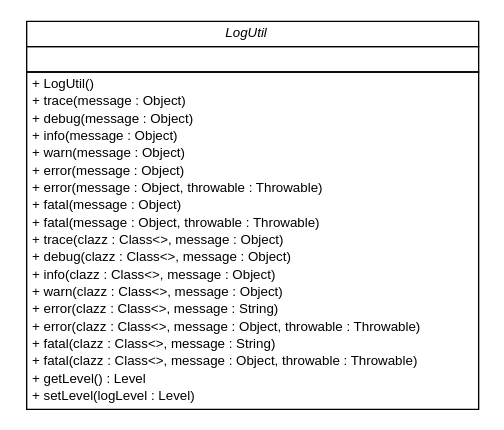
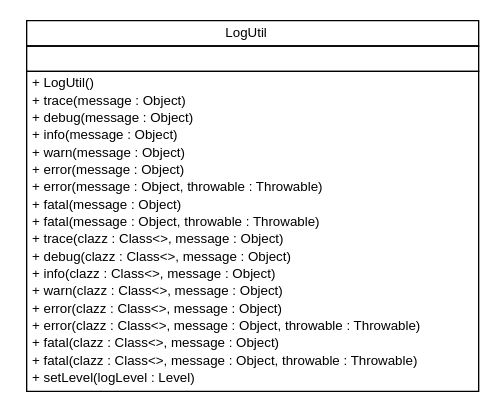
The diagram in apidocs/com/xley/lfosc/util/com.xley.lfosc.util.dot (pcross616/lf-osc-proxy), drawn with Graphviz before and after one commit. The commit also changed 400 other files, not shown here.

```diff
--- a/apidocs/com/xley/lfosc/util/com.xley.lfosc.util.dot
+++ b/apidocs/com/xley/lfosc/util/com.xley.lfosc.util.dot
@@ -1,42 +1,41 @@
 #!/usr/local/bin/dot
 #
 # Class diagram 
 # Generated by UMLGraph version R5_6 (http://www.umlgraph.org/)
 #
 
 digraph G {
 	edge [fontname="Helvetica",fontsize=10,labelfontname="Helvetica",labelfontsize=10];
 	node [fontname="Helvetica",fontsize=10,shape=plaintext];
 	nodesep=0.25;
 	ranksep=0.5;
 	// com.xley.lfosc.util.LogUtil
-	c0 [label=<<table title="com.xley.lfosc.util.LogUtil" border="0" cellborder="1" cellspacing="0" cellpadding="2" port="p" href="./LogUtil.html">
+	c20 [label=<<table title="com.xley.lfosc.util.LogUtil" border="0" cellborder="1" cellspacing="0" cellpadding="2" port="p" href="./LogUtil.html">
 		<tr><td><table border="0" cellspacing="0" cellpadding="1">
-<tr><td align="center" balign="center"><font face="Helvetica-Oblique"> LogUtil </font></td></tr>
+<tr><td align="center" balign="center"> LogUtil </td></tr>
 		</table></td></tr>
 		<tr><td><table border="0" cellspacing="0" cellpadding="1">
 <tr><td align="left" balign="left">  </td></tr>
 		</table></td></tr>
 		<tr><td><table border="0" cellspacing="0" cellpadding="1">
 <tr><td align="left" balign="left"> + LogUtil() </td></tr>
 <tr><td align="left" balign="left"> + trace(message : Object) </td></tr>
 <tr><td align="left" balign="left"> + debug(message : Object) </td></tr>
 <tr><td align="left" balign="left"> + info(message : Object) </td></tr>
 <tr><td align="left" balign="left"> + warn(message : Object) </td></tr>
 <tr><td align="left" balign="left"> + error(message : Object) </td></tr>
 <tr><td align="left" balign="left"> + error(message : Object, throwable : Throwable) </td></tr>
 <tr><td align="left" balign="left"> + fatal(message : Object) </td></tr>
 <tr><td align="left" balign="left"> + fatal(message : Object, throwable : Throwable) </td></tr>
 <tr><td align="left" balign="left"> + trace(clazz : Class&lt;&gt;, message : Object) </td></tr>
 <tr><td align="left" balign="left"> + debug(clazz : Class&lt;&gt;, message : Object) </td></tr>
 <tr><td align="left" balign="left"> + info(clazz : Class&lt;&gt;, message : Object) </td></tr>
 <tr><td align="left" balign="left"> + warn(clazz : Class&lt;&gt;, message : Object) </td></tr>
-<tr><td align="left" balign="left"> + error(clazz : Class&lt;&gt;, message : String) </td></tr>
+<tr><td align="left" balign="left"> + error(clazz : Class&lt;&gt;, message : Object) </td></tr>
 <tr><td align="left" balign="left"> + error(clazz : Class&lt;&gt;, message : Object, throwable : Throwable) </td></tr>
-<tr><td align="left" balign="left"> + fatal(clazz : Class&lt;&gt;, message : String) </td></tr>
+<tr><td align="left" balign="left"> + fatal(clazz : Class&lt;&gt;, message : Object) </td></tr>
 <tr><td align="left" balign="left"> + fatal(clazz : Class&lt;&gt;, message : Object, throwable : Throwable) </td></tr>
-<tr><td align="left" balign="left"> + getLevel() : Level </td></tr>
 <tr><td align="left" balign="left"> + setLevel(logLevel : Level) </td></tr>
 		</table></td></tr>
 		</table>>, URL="./LogUtil.html", fontname="Helvetica", fontcolor="black", fontsize=10.0];
 }
```
